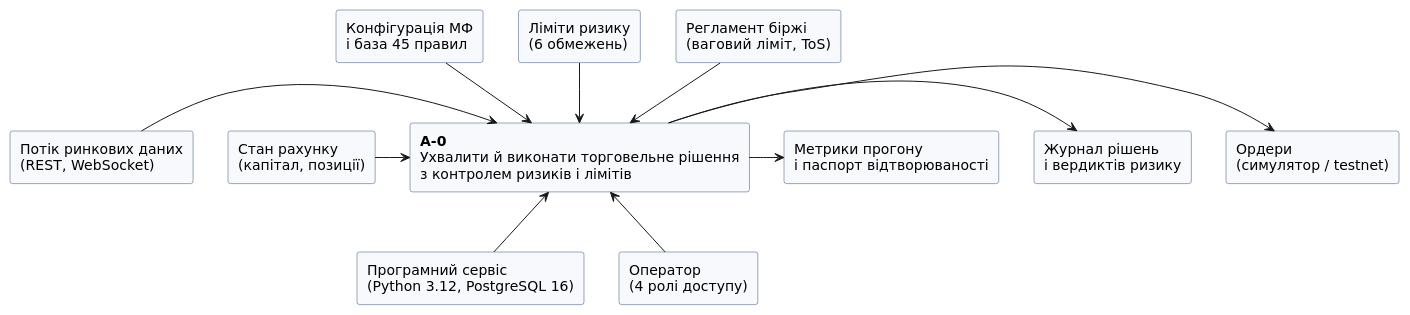
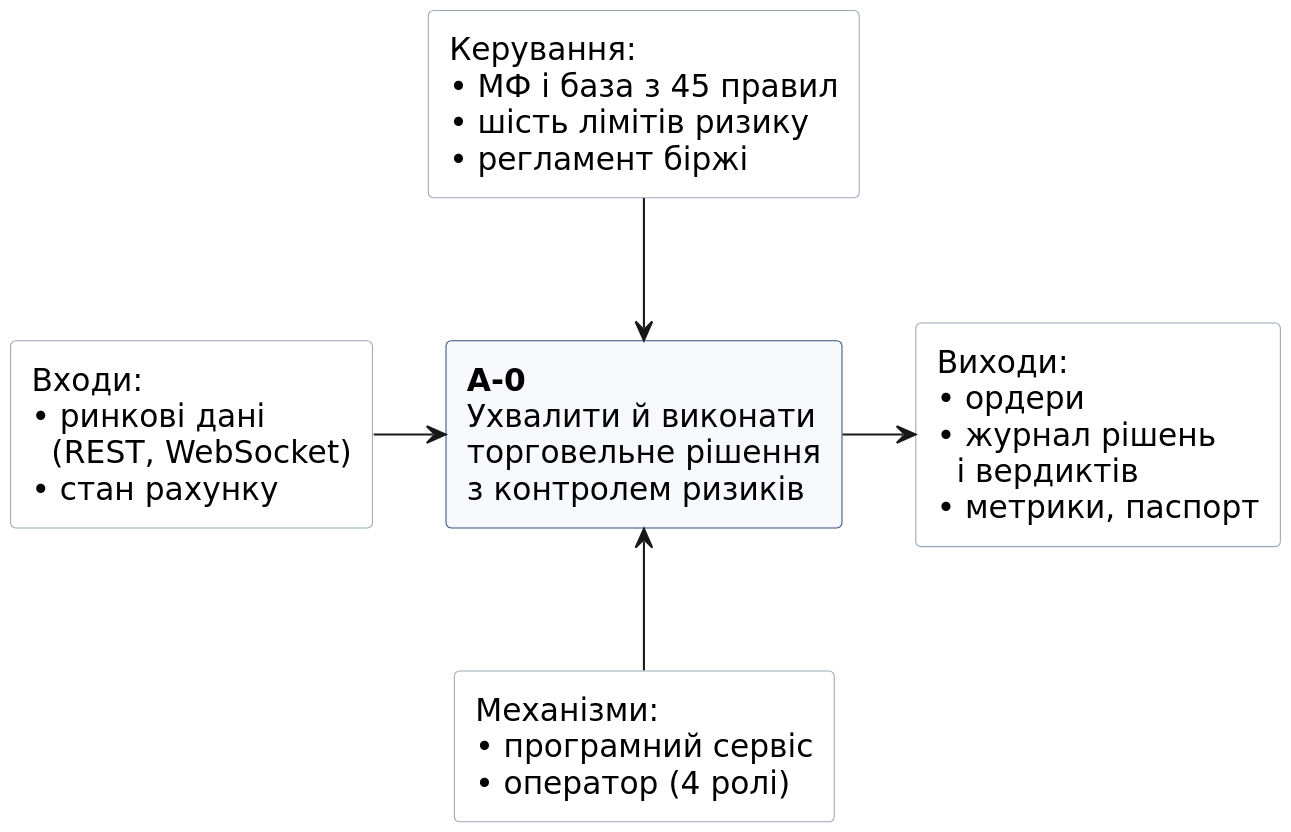
The diagram in docs/diagrams/idef0/a0_context.puml (AndrZhuk/FuzzHelm), drawn with PlantUML before and after one commit. The commit also changed 15 other files, not shown here.

First line of the commit message:
Diagrams: re-lay out for print (legible on a portrait A4 page)

```diff
--- a/docs/diagrams/idef0/a0_context.puml
+++ b/docs/diagrams/idef0/a0_context.puml
@@ -1,35 +1,28 @@
 @startuml
 ' IDEF0, контекстна діаграма A-0: система як одна функція.
 ' Найменування: docs/diagrams/idef0/a0_context.puml
-' Призначення: межі системи у нотації IDEF0 — вхід (ліворуч), керування (згори),
-'     механізм (знизу), вихід (праворуч). Звіт §2.3.
+' Призначення: межі системи в нотації IDEF0 — входи ліворуч, керування згори,
+'     механізми знизу, виходи праворуч. Звіт §2.3.
 ' Автор: Андрій Жук, 2026.
+skinparam dpi 200
 skinparam defaultFontName "DejaVu Sans"
+skinparam defaultFontSize 15
 skinparam rectangle {
   BackgroundColor #F7F9FC
   BorderColor #33507A
 }
-rectangle "**A-0**\nУхвалити й виконати торговельне рішення\nз контролем ризиків і лімітів" as A0
-
-rectangle "Потік ринкових даних\n(REST, WebSocket)" as I1
-rectangle "Стан рахунку\n(капітал, позиції)" as I2
-rectangle "Конфігурація МФ\nі база 45 правил" as C1
-rectangle "Ліміти ризику\n(6 обмежень)" as C2
-rectangle "Регламент біржі\n(ваговий ліміт, ToS)" as C3
-rectangle "Програмний сервіс\n(Python 3.12, PostgreSQL 16)" as M1
-rectangle "Оператор\n(4 ролі доступу)" as M2
-rectangle "Ордери\n(симулятор / testnet)" as O1
-rectangle "Журнал рішень\nі вердиктів ризику" as O2
-rectangle "Метрики прогону\nі паспорт відтворюваності" as O3
-
-I1 -right-> A0
-I2 -right-> A0
-C1 -down-> A0
-C2 -down-> A0
-C3 -down-> A0
-A0 -right-> O1
-A0 -right-> O2
-A0 -right-> O3
-M1 -up-> A0
-M2 -up-> A0
+skinparam rectangle<<data>> {
+  BackgroundColor #FFFFFF
+  BorderColor #9AA7B8
+}
+hide stereotype
+rectangle "Керування:\n• МФ і база з 45 правил\n• шість лімітів ризику\n• регламент біржі" <<data>> as C
+rectangle "Входи:\n• ринкові дані\n  (REST, WebSocket)\n• стан рахунку" <<data>> as I
+rectangle "**A-0**\nУхвалити й виконати\nторговельне рішення\nз контролем ризиків" as A0
+rectangle "Виходи:\n• ордери\n• журнал рішень\n  і вердиктів\n• метрики, паспорт" <<data>> as O
+rectangle "Механізми:\n• програмний сервіс\n• оператор (4 ролі)" <<data>> as M
+C -down-> A0
+I -right-> A0
+A0 -right-> O
+M -up-> A0
 @enduml
```
